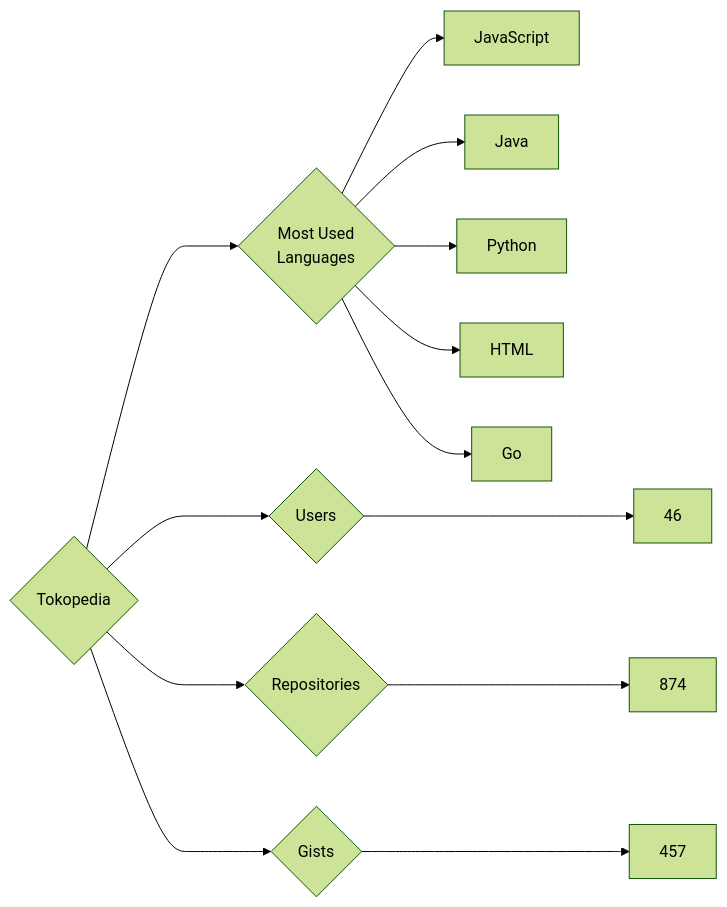
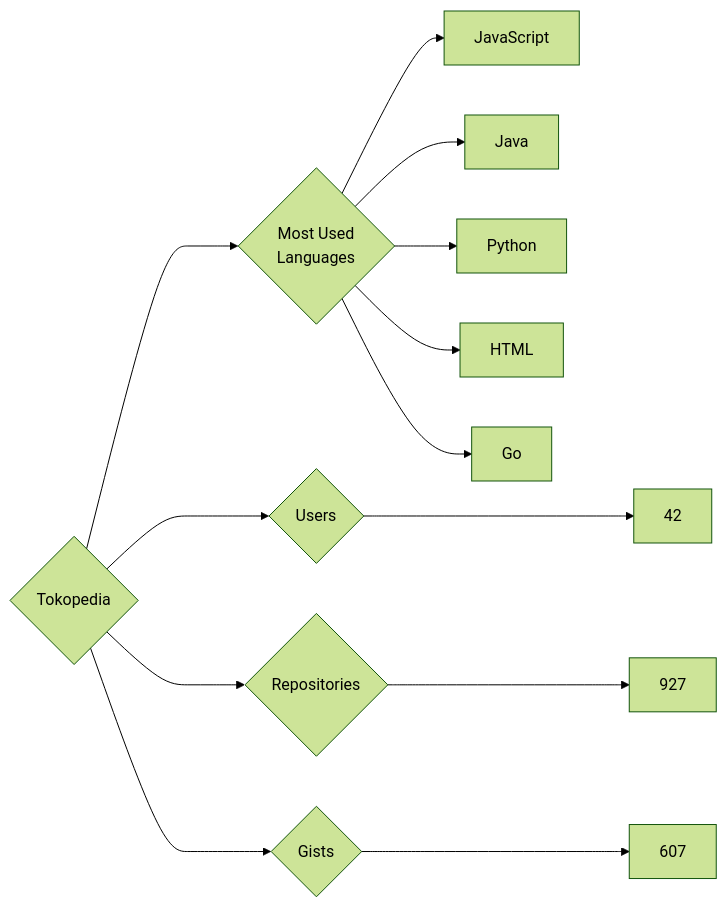
Before and after one commit to trickest/insiders: the diagram in targets/Tokopedia/README.md, drawn with Mermaid (forest theme). The commit also changed 940 other files, not shown here.

````diff
--- a/targets/Tokopedia/README.md
+++ b/targets/Tokopedia/README.md
@@ -3,13 +3,13 @@
 ```mermaid
 graph LR
 COMPANY_NAME{Tokopedia}
-COMPANY_NAME ---> U{Users} ---> UN[46]
-COMPANY_NAME ---> R{Repositories} ---> RN[874]
-COMPANY_NAME ---> G{Gists} ---> GN[457]
+COMPANY_NAME ---> U{Users} ---> UN[42]
+COMPANY_NAME ---> R{Repositories} ---> RN[927]
+COMPANY_NAME ---> G{Gists} ---> GN[607]
 COMPANY_NAME ---> ML{Most Used<br>Languages}
 ML --> JavaScript[JavaScript]
 ML --> Java[Java]
 ML --> Python[Python]
 ML --> HTML[HTML]
 ML --> Go[Go]
 ```
````
